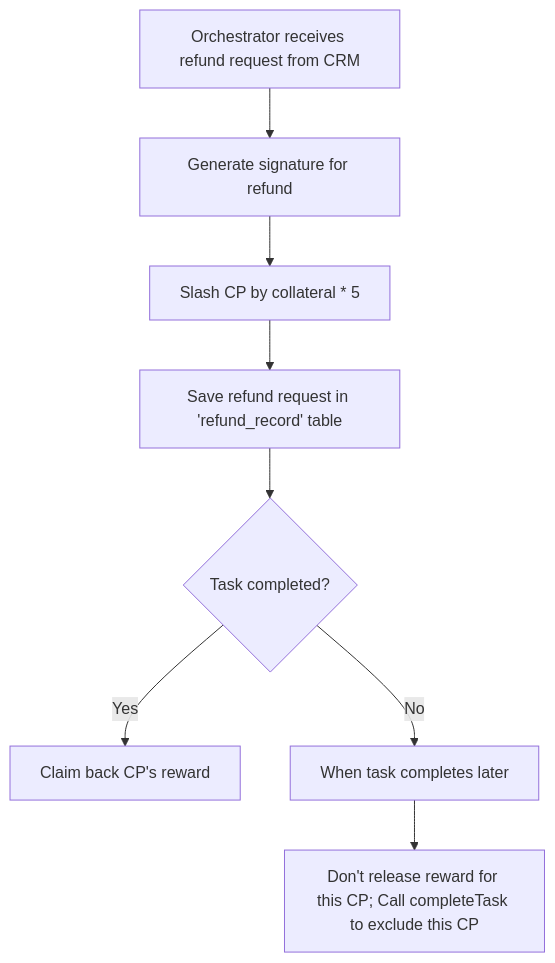
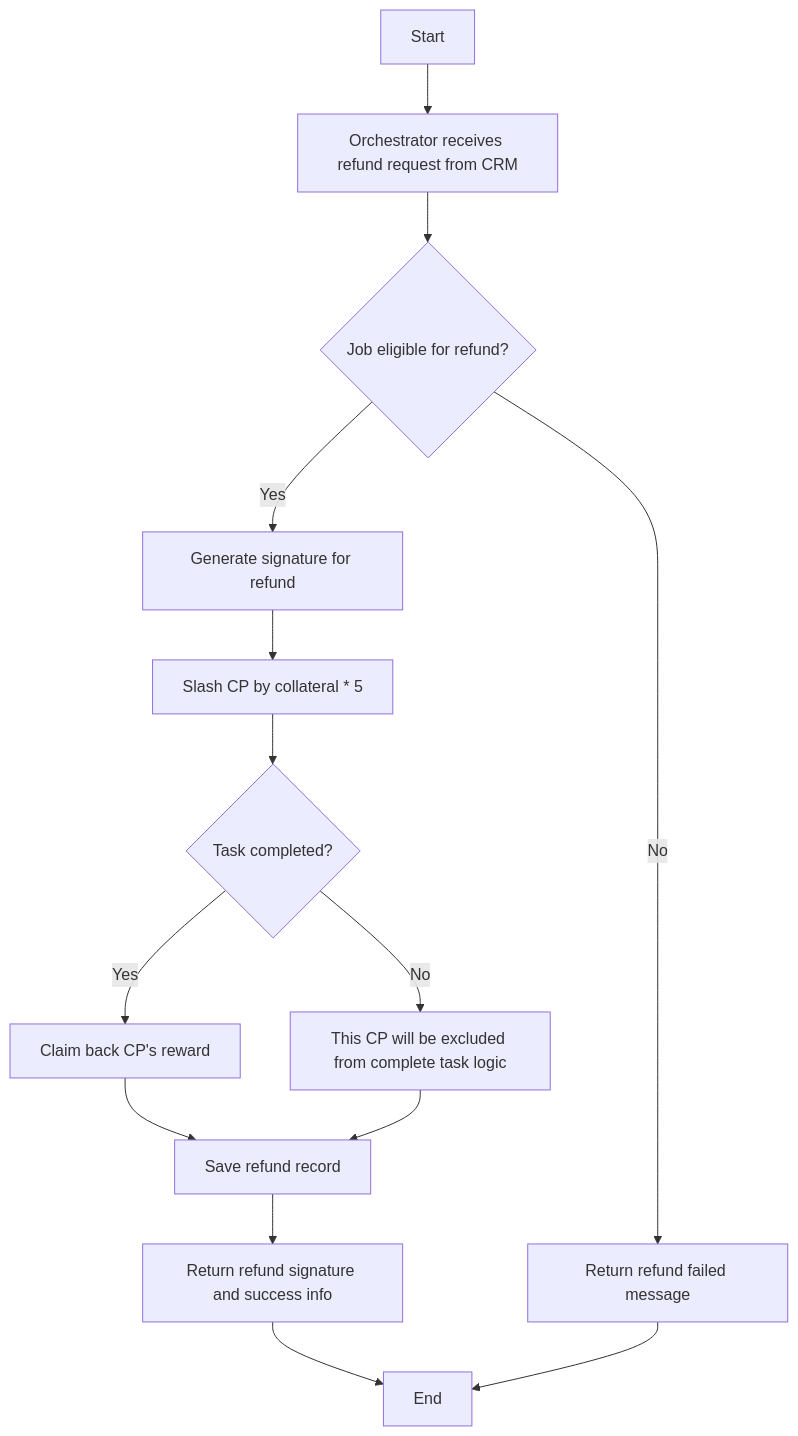
One commit to alphaflows/workbench changed the third of 3 diagrams in drafts/crm/refund_request_v2.md. Above: the diagram before and after it, drawn with Mermaid. The commit also changed other lines of this file, not shown here.

Commit message:
update table

````diff
--- a/drafts/crm/refund_request_v2.md
+++ b/drafts/crm/refund_request_v2.md
@@ -53,10 +59,16 @@
 ```mermaid
 graph TD
-    A[Orchestrator receives refund request from CRM] --> B[Generate signature for refund]
+    O[Start] --> A[Orchestrator receives refund request from CRM] 
+    A --> M{Job eligible for refund?}
+    M --> |Yes| B[Generate signature for refund]
+    M --> |No| N[Return refund failed message]
     B --> C[Slash CP by collateral * 5]
-    C --> D[Save refund request in 'refund_record' table]
-    D --> E{Task completed?}
+    C --> E{Task completed?}
     E -->|Yes| F[Claim back CP's reward]
-    E -->|No| G[When task completes later]
-    G --> H[Don't release reward for this CP; Call completeTask to exclude this CP]
+    E -->|No| G[This CP will be excluded from complete task logic]
+    F --> D[Save refund record]
+    G --> D
+    D --> P[Return refund signature and success info]
+    P --> Q[End]
+    N --> Q
 ```
````
